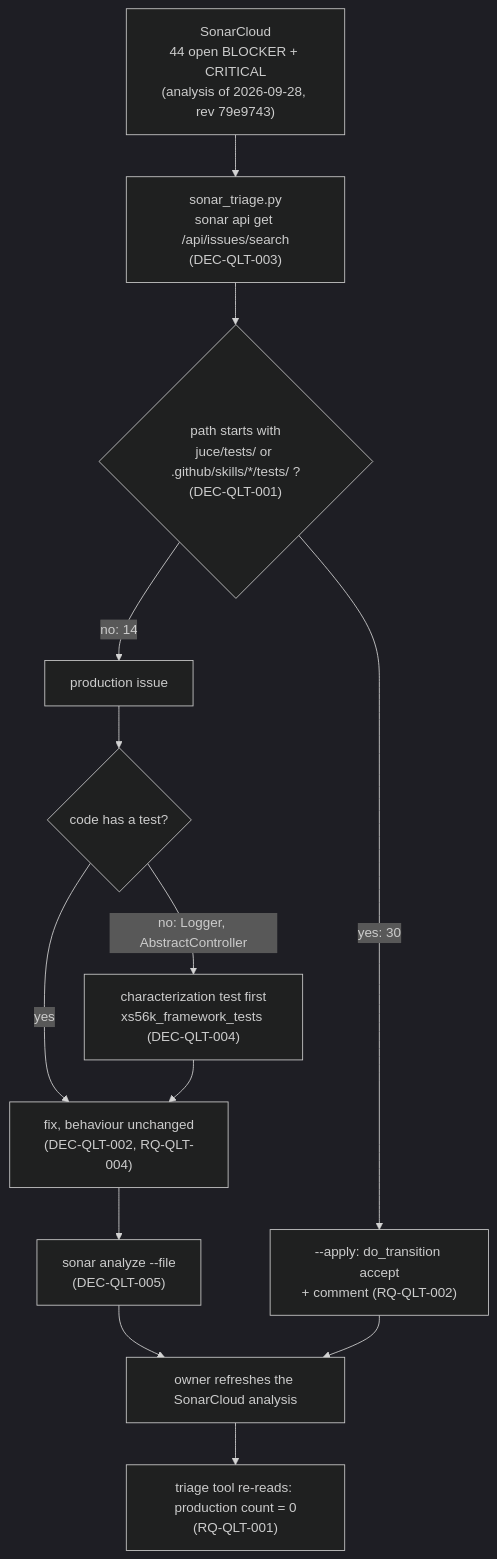
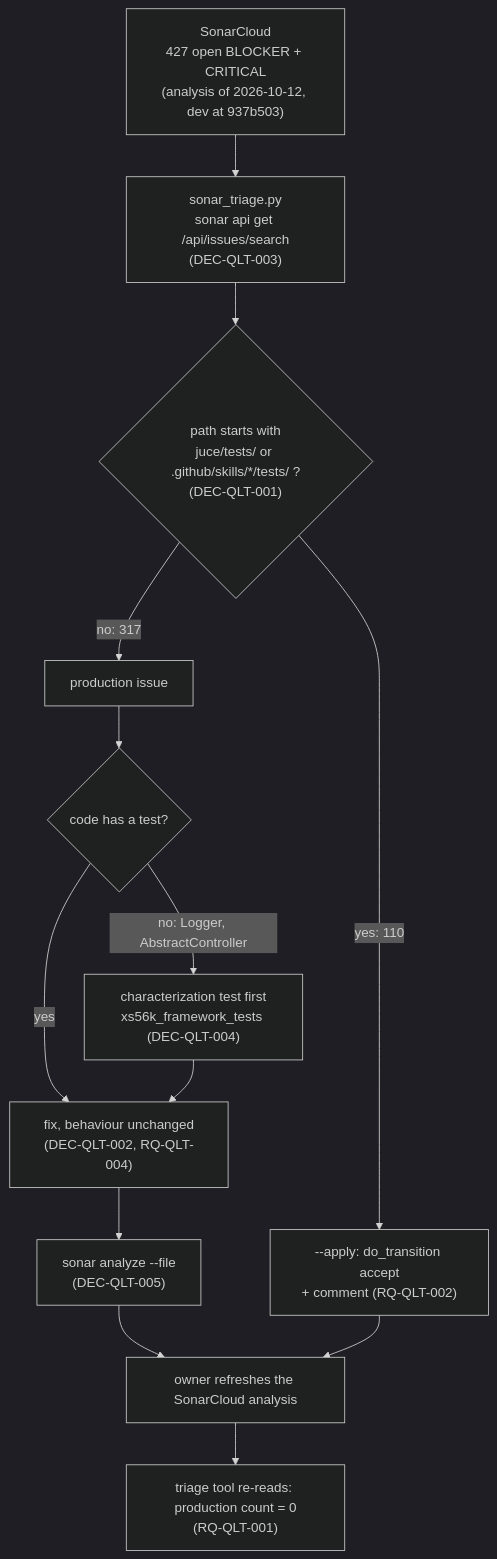
Before and after one commit to xplorer2716/XS56K: the diagram in process/2.architecture/ADR-QLT-001-sonar-issue-handling.md, drawn with Mermaid (dark theme). The commit also changed other lines of this file and 7 other files, not shown here.

Commit message:
feat(QLT): ADR-QLT-001/TASK-QLT-001 sonar_triage.py sorts the SonarCloud issues into test and production code and accepts the test ones, with its tests; ADR accepted, FTR and PLAN-QLT-001 updated, PLAN-QLT-002 added

````diff
--- a/process/2.architecture/ADR-QLT-001-sonar-issue-handling.md
+++ b/process/2.architecture/ADR-QLT-001-sonar-issue-handling.md
@@ -97,15 +135,15 @@
 ```mermaid
 flowchart TD
-    SC["SonarCloud<br/>44 open BLOCKER + CRITICAL<br/>(analysis of 2026-09-28, rev 79e9743)"] --> TR["sonar_triage.py<br/>sonar api get /api/issues/search<br/>(DEC-QLT-003)"]
+    SC["SonarCloud<br/>427 open BLOCKER + CRITICAL<br/>(analysis of 2026-10-12, dev at 937b503)"] --> TR["sonar_triage.py<br/>sonar api get /api/issues/search<br/>(DEC-QLT-003)"]
     TR --> CL{"path starts with<br/>juce/tests/ or .github/skills/*/tests/ ?<br/>(DEC-QLT-001)"}
-    CL -->|"yes: 30"| AC["--apply: do_transition accept<br/>+ comment (RQ-QLT-002)"]
-    CL -->|"no: 14"| PR["production issue"]
+    CL -->|"yes: 110"| AC["--apply: do_transition accept<br/>+ comment (RQ-QLT-002)"]
+    CL -->|"no: 317"| PR["production issue"]
     PR --> HT{"code has a test?"}
     HT -->|"no: Logger, AbstractController"| CT["characterization test first<br/>xs56k_framework_tests (DEC-QLT-004)"]
     HT -->|"yes"| FX["fix, behaviour unchanged<br/>(DEC-QLT-002, RQ-QLT-004)"]
     CT --> FX
     FX --> LC["sonar analyze --file<br/>(DEC-QLT-005)"]
     LC --> RA["owner refreshes the SonarCloud analysis"]
     AC --> RA
     RA --> RD["triage tool re-reads: production count = 0<br/>(RQ-QLT-001)"]
 ```
````
